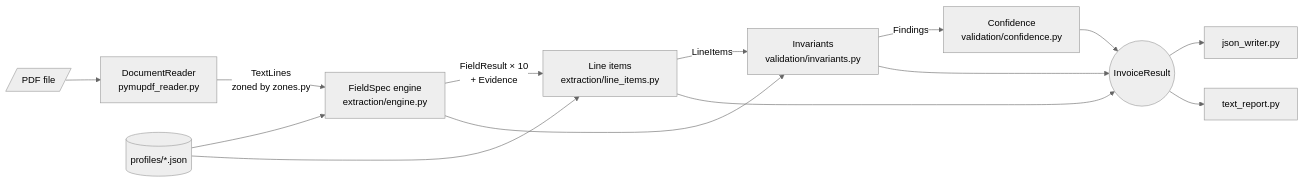
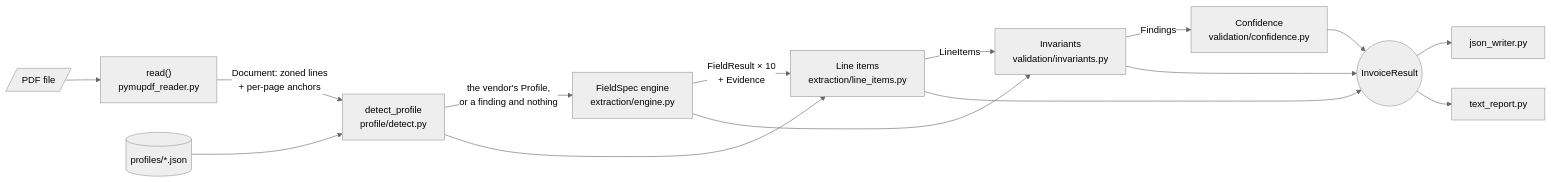
The diagram in README.md (lorenzo265/Invoice_Extract), drawn with Mermaid (neutral theme) before and after one commit. The commit also changed other lines of this file and 47 other files, not shown here.

````diff
--- a/README.md
+++ b/README.md
@@ -85,16 +90,17 @@
 ```mermaid
 flowchart LR
-    PDF[/PDF file/] --> Reader["DocumentReader<br/>pymupdf_reader.py"]
-    Reader -->|"TextLines<br/>zoned by zones.py"| Engine["FieldSpec engine<br/>extraction/engine.py"]
-    Profile[("profiles/*.json")] --> Engine
+    PDF[/PDF file/] --> Reader["read()<br/>pymupdf_reader.py"]
+    Reader -->|"Document: zoned lines<br/>+ per-page anchors"| Detect["detect_profile<br/>profile/detect.py"]
+    Profiles[("profiles/*.json")] --> Detect
+    Detect -->|"the vendor's Profile,<br/>or a finding and nothing"| Engine["FieldSpec engine<br/>extraction/engine.py"]
     Engine -->|"FieldResult × 10<br/>+ Evidence"| Items["Line items<br/>extraction/line_items.py"]
-    Profile --> Items
+    Detect --> Items
     Items -->|"LineItems"| Inv["Invariants<br/>validation/invariants.py"]
     Engine --> Inv
     Inv -->|"Findings"| Conf["Confidence<br/>validation/confidence.py"]
     Conf --> Result(("InvoiceResult"))
     Items --> Result
     Inv --> Result
     Result --> JSONOut["json_writer.py"]
     Result --> ReportOut["text_report.py"]
 ```
````
